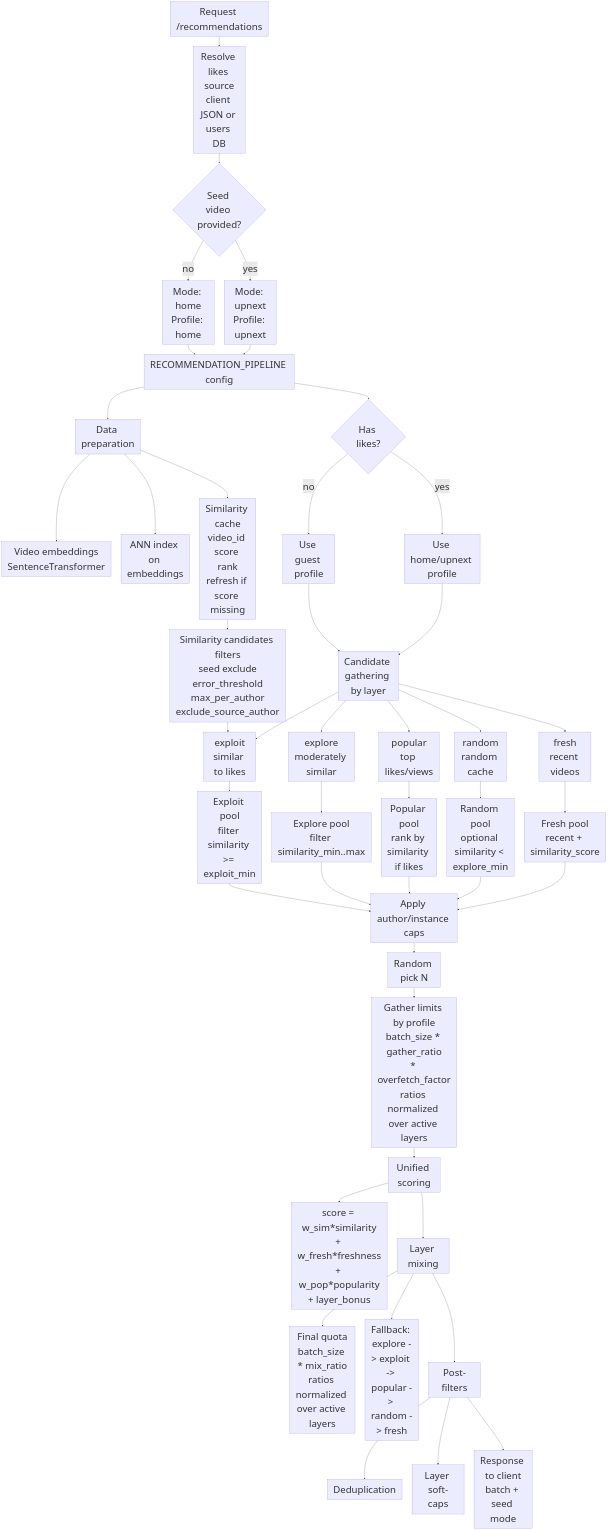
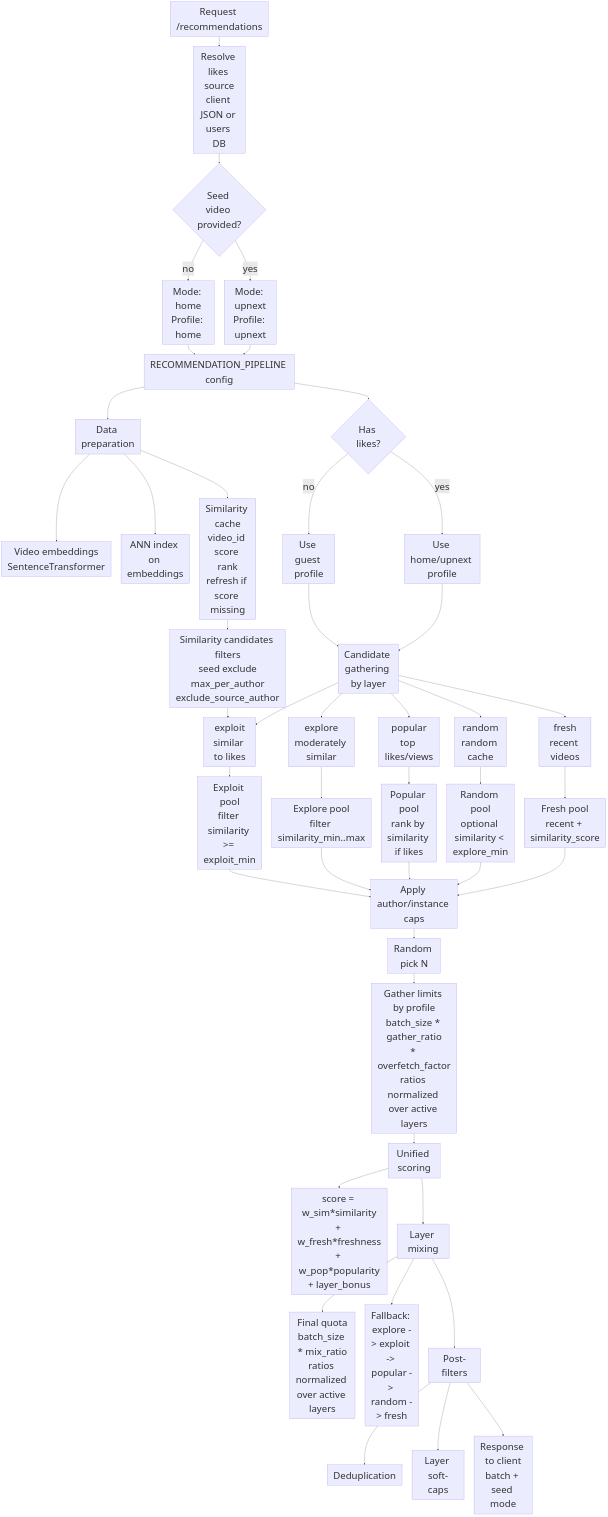
One commit to denikryt/PeerTube-browser changed the diagram in docs/recommendations/PIPELINE_DIAGRAM.md. Above: the diagram before and after it, drawn with Mermaid. The commit also changed 44 other files, not shown here.

````diff
--- a/docs/recommendations/PIPELINE_DIAGRAM.md
+++ b/docs/recommendations/PIPELINE_DIAGRAM.md
@@ -7,61 +7,61 @@
 ```mermaid
 %%{init: {"flowchart": {"nodeSpacing": 50, "rankSpacing": 50}, "themeVariables": {"fontSize": "48px"}}}%%
 flowchart TD
     A[Request /recommendations] --> A1[Resolve likes source<br/>client JSON or users DB]
     A1 --> B{Seed video provided?}
     B -- no --> C[Mode: home<br/>Profile: home]
     B -- yes --> D[Mode: upnext<br/>Profile: upnext]
 
     C --> E[RECOMMENDATION_PIPELINE config]
     D --> E
 
     E --> F[Data preparation]
     F --> F1[Video embeddings<br/>SentenceTransformer]
     F --> F2[ANN index on embeddings]
     F --> F3[Similarity cache<br/>video_id score rank<br/>refresh if score missing]
 
     E --> E0{Has likes?}
     E0 -- no --> E1[Use guest profile]
     E0 -- yes --> E2[Use home/upnext profile]
 
     E1 --> G[Candidate gathering by layer]
     E2 --> G
     G --> G1[exploit<br/>similar to likes]
     G --> G2[explore<br/>moderately similar]
     G --> G3[popular<br/>top likes/views]
     G --> G4[random<br/>random cache]
     G --> G5[fresh<br/>recent videos]
 
     G1 --> H1[Exploit pool<br/>filter similarity >= exploit_min]
     G2 --> H2[Explore pool<br/>filter similarity_min..max]
     G3 --> H3[Popular pool<br/>rank by similarity if likes]
     G4 --> H4[Random pool<br/>optional similarity < explore_min]
     G5 --> H5[Fresh pool<br/>recent + similarity_score]
 
     H1 --> Hcaps[Apply author/instance caps]
     H2 --> Hcaps
     H3 --> Hcaps
     H4 --> Hcaps
     H5 --> Hcaps
 
     Hcaps --> Hr[Random pick N]
 
-    F3 --> S[Similarity candidates filters<br/>seed exclude<br/>error_threshold<br/>max_per_author<br/>exclude_source_author]
+    F3 --> S[Similarity candidates filters<br/>seed exclude<br/>max_per_author<br/>exclude_source_author]
     S --> G1
 
     Hr --> I[Gather limits by profile<br/>batch_size * gather_ratio<br/>* overfetch_factor<br/>ratios normalized over active layers]
 
     I --> J[Unified scoring]
     J --> J1[score = w_sim*similarity<br/>+ w_fresh*freshness<br/>+ w_pop*popularity<br/>+ layer_bonus]
 
     J --> K[Layer mixing]
     K --> K1[Final quota<br/>batch_size * mix_ratio<br/>ratios normalized over active layers]
     K --> K2[Fallback: explore -> exploit -> popular -> random -> fresh]
 
     K --> L[Post-filters]
     L --> L1[Deduplication]
     L --> L2[Layer soft-caps]
 
     L --> M[Response to client<br/>batch + seed mode]
 
 ```
````
